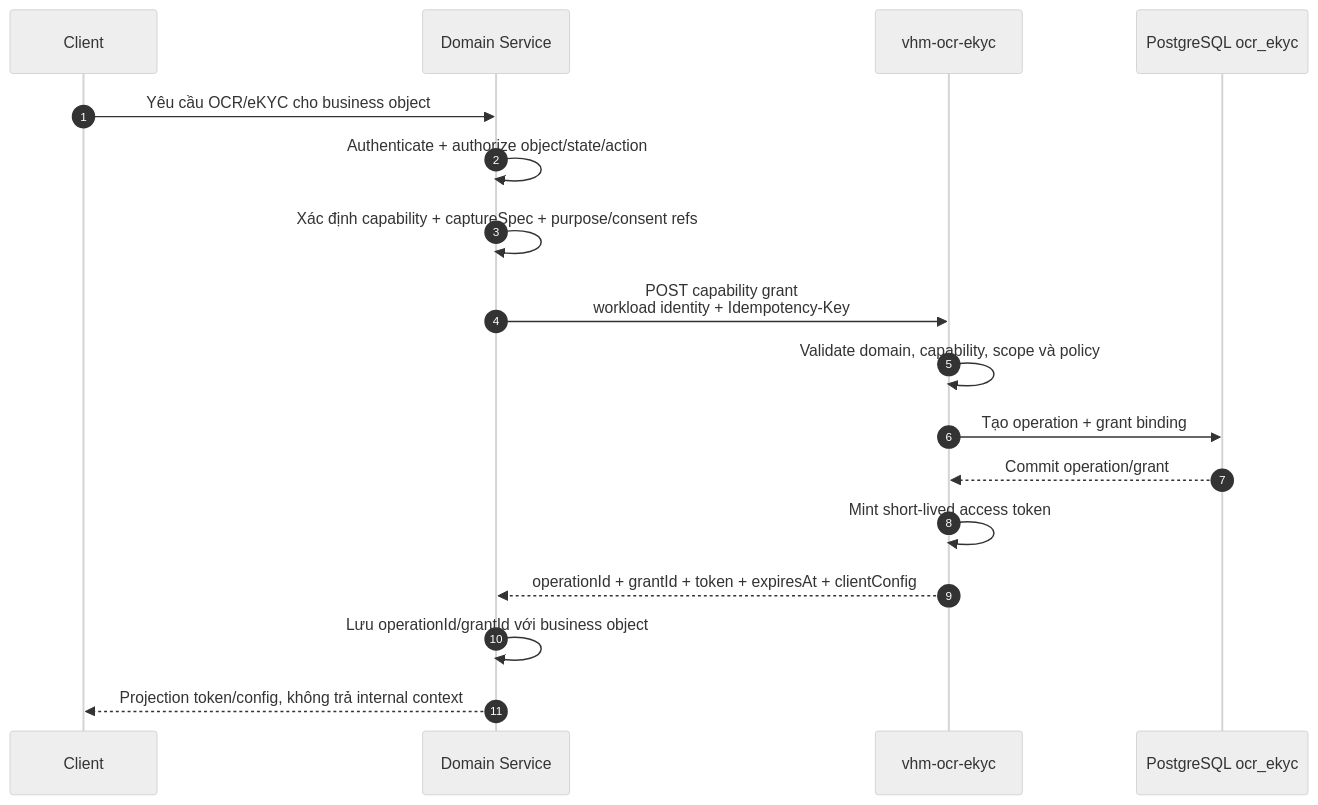
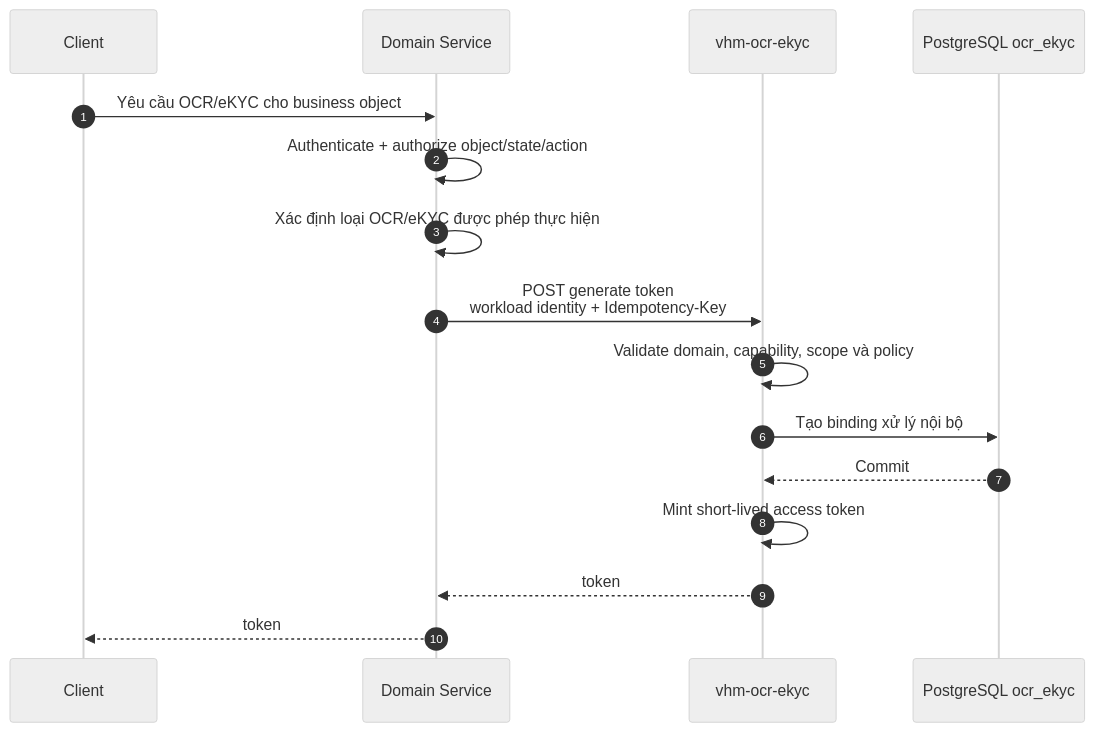
The second of 6 diagrams in tdd-ocr-ekyc-delegated-client-flow.md (huynv-xyz/vhm), drawn with Mermaid (neutral theme) before and after one commit. The commit also changed other lines of this file, not shown here.

````diff
--- a/tdd-ocr-ekyc-delegated-client-flow.md
+++ b/tdd-ocr-ekyc-delegated-client-flow.md
@@ -153,20 +152,19 @@
 ```mermaid
 sequenceDiagram
     autonumber
     participant C as Client
     participant D as Domain Service
     participant O as vhm-ocr-ekyc
     participant DB as PostgreSQL ocr_ekyc
 
     C->>D: Yêu cầu OCR/eKYC cho business object
     D->>D: Authenticate + authorize object/state/action
-    D->>D: Xác định capability + captureSpec + purpose/consent refs
-    D->>O: POST capability grant<br/>workload identity + Idempotency-Key
+    D->>D: Xác định loại OCR/eKYC được phép thực hiện
+    D->>O: POST generate token<br/>workload identity + Idempotency-Key
     O->>O: Validate domain, capability, scope và policy
-    O->>DB: Tạo operation + grant binding
-    DB-->>O: Commit operation/grant
+    O->>DB: Tạo binding xử lý nội bộ
+    DB-->>O: Commit
     O->>O: Mint short-lived access token
-    O-->>D: operationId + grantId + token + expiresAt + clientConfig
-    D->>D: Lưu operationId/grantId với business object
-    D-->>C: Projection token/config, không trả internal context
+    O-->>D: token
+    D-->>C: token
 ```
````
